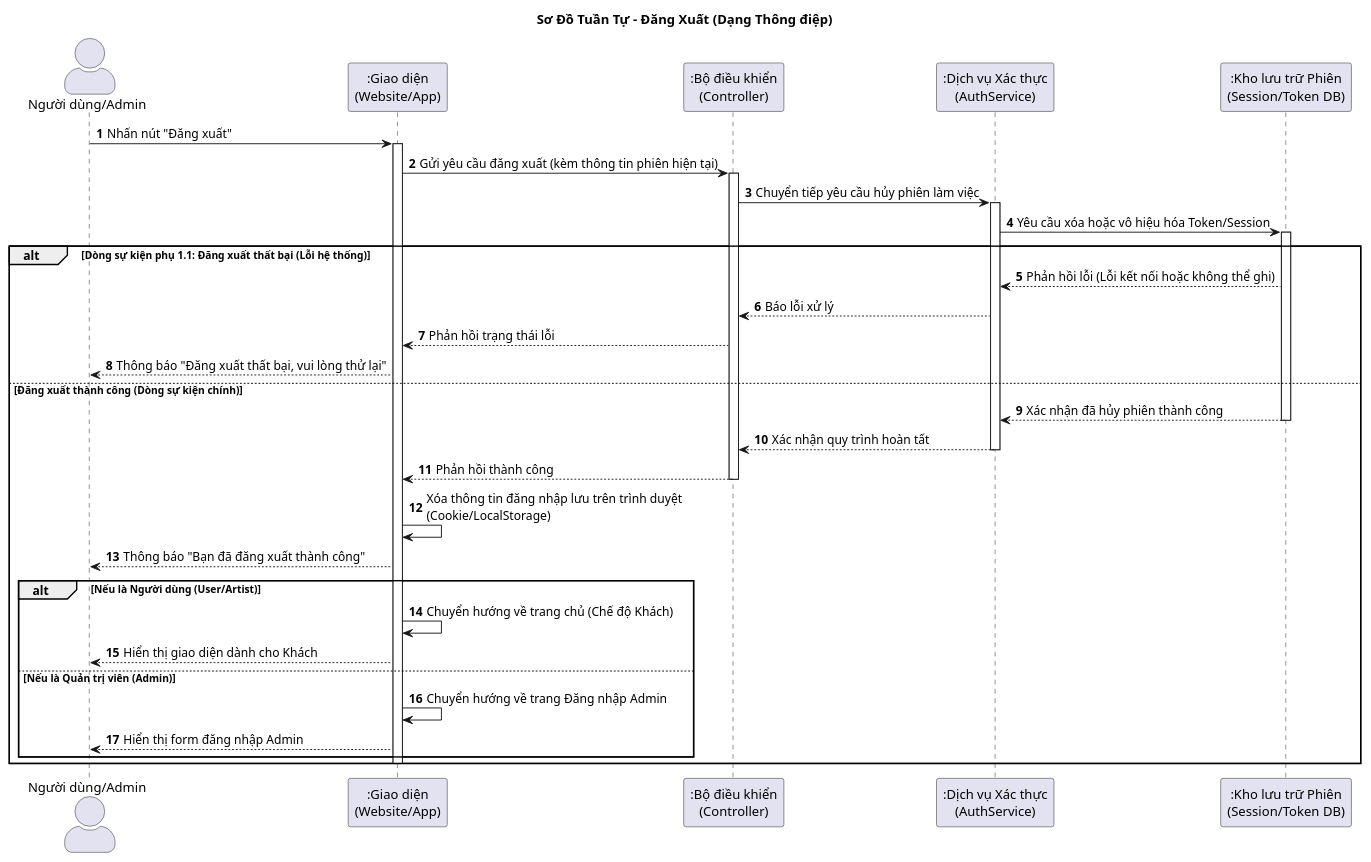
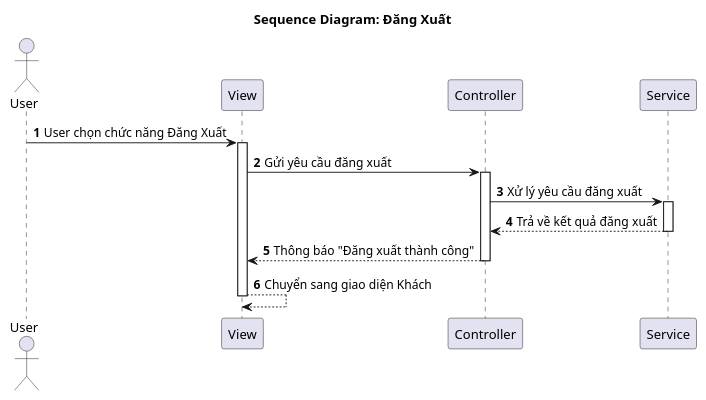
One commit to vinh047/soundwave changed the diagram in Diagrams/SequenceDiagram/LogoutSD.plantuml. Above: the diagram before and after it, drawn with PlantUML. The commit also changed 27 other files, not shown here.

Commit message:
Sửa đặc tả UC (Chia sẻ lên platform thôi,...), đơn giản hoá Sequence, sửa CD và thêm mô tả CD

```diff
--- a/Diagrams/SequenceDiagram/LogoutSD.plantuml
+++ b/Diagrams/SequenceDiagram/LogoutSD.plantuml
@@ -1,63 +1,24 @@
-@startuml Sequence Diagram - Đăng Xuất (Thông điệp)
+@startuml SD
 
-title Sơ Đồ Tuần Tự - Đăng Xuất (Dạng Thông điệp)
-skinparam sequenceActorStyle awesome
-skinparam responseMessageBelowArrow true
+actor "User" as User
+participant "View" as View
+participant "Controller" as Controller
+participant "Service" as Service
 
-actor "Người dùng/Admin" as User
-participant ":Giao diện\n(Website/App)" as UI
-participant ":Bộ điều khiển\n(Controller)" as Controller
-participant ":Dịch vụ Xác thực\n(AuthService)" as Service
-participant ":Kho lưu trữ Phiên\n(Session/Token DB)" as DB
+title Sequence Diagram: Đăng Xuất
 
 autonumber
 
-' === BƯỚC 1: GỬI YÊU CẦU ===
-User -> UI: Nhấn nút "Đăng xuất"
-activate UI
-
-UI -> Controller: Gửi yêu cầu đăng xuất (kèm thông tin phiên hiện tại)
+User -> View: User chọn chức năng Đăng Xuất
+activate View
+View -> Controller: Gửi yêu cầu đăng xuất
 activate Controller
-
-Controller -> Service: Chuyển tiếp yêu cầu hủy phiên làm việc
+Controller -> Service: Xử lý yêu cầu đăng xuất
 activate Service
-
-' === BƯỚC 2: XỬ LÝ SERVER (HỦY PHIÊN) ===
-Service -> DB: Yêu cầu xóa hoặc vô hiệu hóa Token/Session
-activate DB
-
-alt Dòng sự kiện phụ 1.1: Đăng xuất thất bại (Lỗi hệ thống)
-    DB --> Service: Phản hồi lỗi (Lỗi kết nối hoặc không thể ghi)
-    Service --> Controller: Báo lỗi xử lý
-    Controller --> UI: Phản hồi trạng thái lỗi
-    
-    UI --> User: Thông báo "Đăng xuất thất bại, vui lòng thử lại"
-
-else Đăng xuất thành công (Dòng sự kiện chính)
-    DB --> Service: Xác nhận đã hủy phiên thành công
-    deactivate DB
-    
-    Service --> Controller: Xác nhận quy trình hoàn tất
-    deactivate Service
-    
-    Controller --> UI: Phản hồi thành công
-    deactivate Controller
-    
-    ' === BƯỚC 3: XỬ LÝ TẠI CLIENT & PHẢN HỒI ===
-    UI -> UI: Xóa thông tin đăng nhập lưu trên trình duyệt\n(Cookie/LocalStorage)
-    
-    UI --> User: Thông báo "Bạn đã đăng xuất thành công"
-    
-    ' === BƯỚC 4: CHUYỂN HƯỚNG (Theo Hậu điều kiện) ===
-    alt Nếu là Người dùng (User/Artist)
-        UI -> UI: Chuyển hướng về trang chủ (Chế độ Khách)
-        UI --> User: Hiển thị giao diện dành cho Khách
-    else Nếu là Quản trị viên (Admin)
-        UI -> UI: Chuyển hướng về trang Đăng nhập Admin
-        UI --> User: Hiển thị form đăng nhập Admin
-    end
-    
-    deactivate UI
-end
-
+Service --> Controller: Trả về kết quả đăng xuất
+deactivate Service
+Controller --> View: Thông báo "Đăng xuất thành công"
+deactivate Controller
+View --> View: Chuyển sang giao diện Khách
+deactivate View
 @enduml
```
